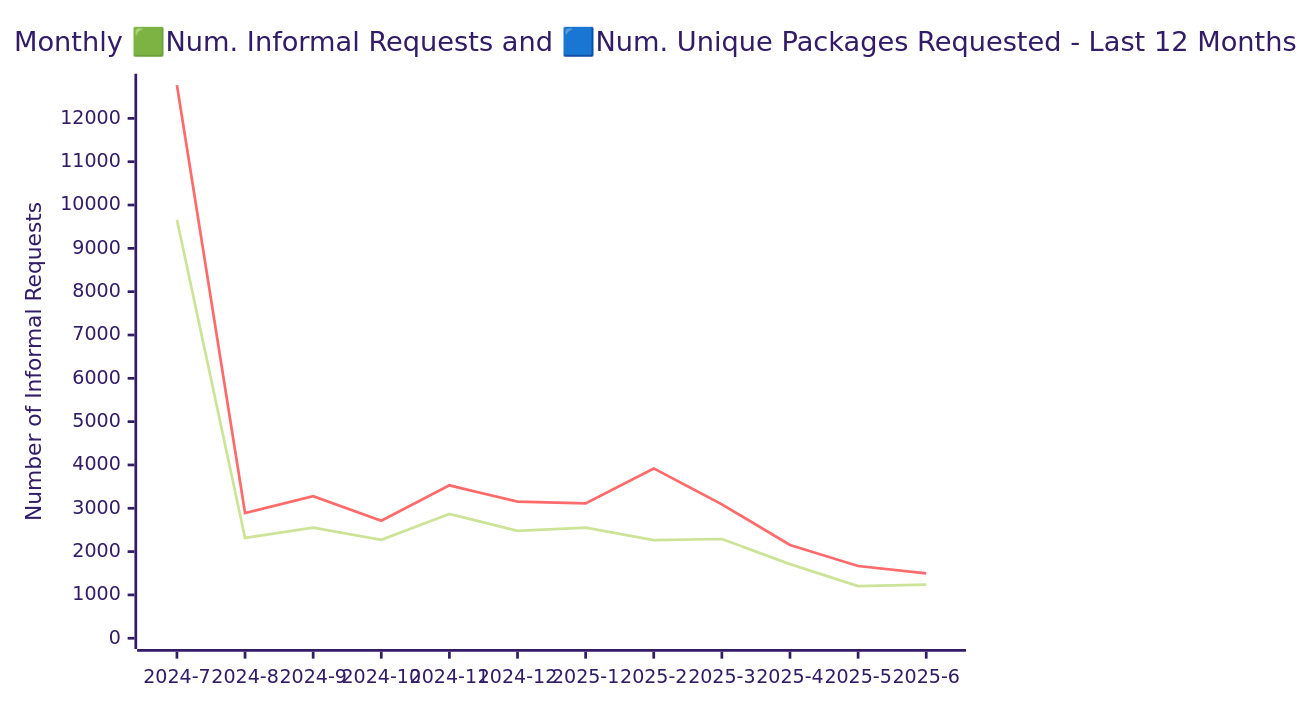
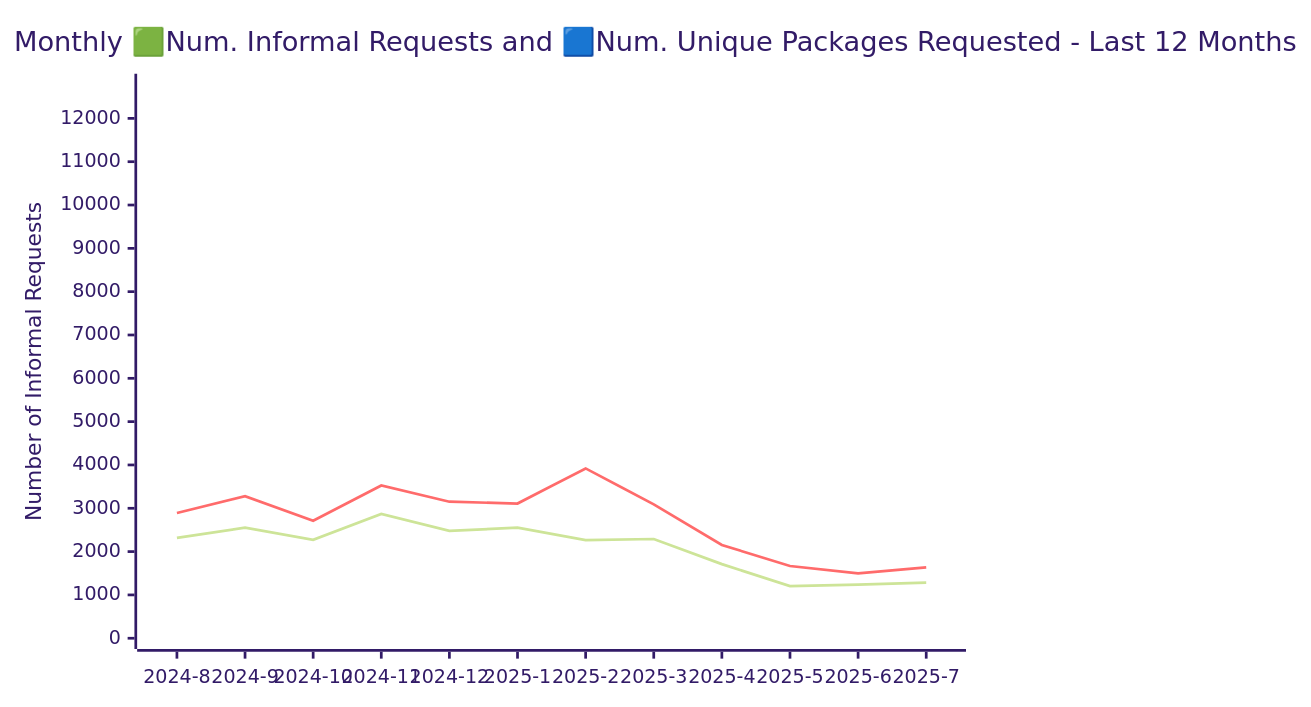
The diagram in ATI_INFORMAL_REPORT/readme.md (open-data/analytics-corporate-reporting), drawn with Mermaid (forest theme) before and after one commit. The commit also changed other lines of this file and 5 other files, not shown here.

````diff
--- a/ATI_INFORMAL_REPORT/readme.md
+++ b/ATI_INFORMAL_REPORT/readme.md
@@ -17,11 +17,11 @@
 ```mermaid
 
 xychart-beta
     title "Monthly 🟩Num. Informal Requests and 🟦Num. Unique Packages Requested - Last 12 Months"
-    x-axis [2024-7, 2024-8, 2024-9, 2024-10, 2024-11, 2024-12, 2025-1, 2025-2, 2025-3, 2025-4, 2025-5, 2025-6]
-    y-axis "Unique Packages" 0 --> 10096
+    x-axis [2024-8, 2024-9, 2024-10, 2024-11, 2024-12, 2025-1, 2025-2, 2025-3, 2025-4, 2025-5, 2025-6, 2025-7]
+    y-axis "Unique Packages" 0 --> 10094
     y-axis "Number of Informal Requests" 0 --> 12777
 
-    line [9660, 2315, 2553, 2271, 2870, 2479, 2555, 2263, 2291, 1711, 1202, 1240]
-    line [12767, 2892, 3279, 2713, 3530, 3152, 3112, 3920, 3091, 2153, 1667, 1499]
+    line [2315, 2553, 2271, 2867, 2479, 2553, 2263, 2291, 1711, 1202, 1240, 1283]
+    line [2892, 3279, 2713, 3527, 3151, 3110, 3920, 3091, 2153, 1667, 1499, 1635]
 ```
````
